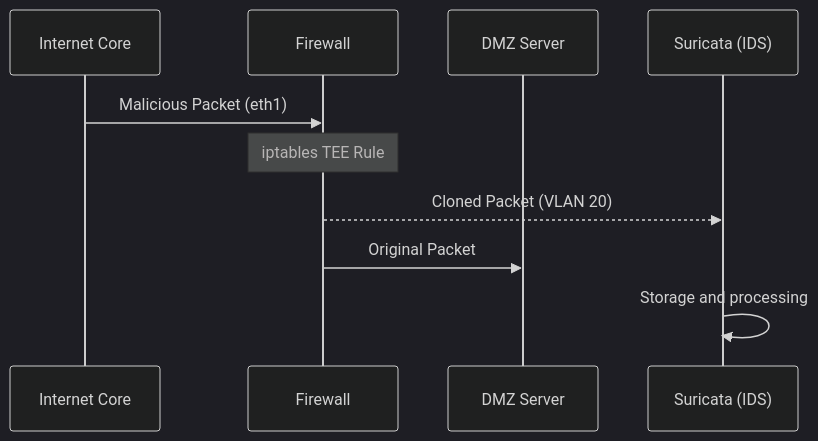
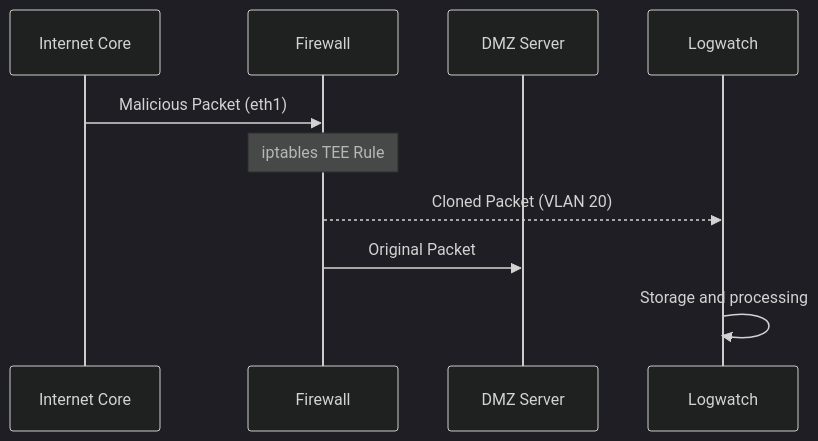
One commit to Marc-Chamorro/virtual-network-threat-detection changed the first of 2 diagrams in docs/architecture/traffic-flows.md. Above: the diagram before and after it, drawn with Mermaid (dark theme). The commit also changed other lines of this file and 33 other files, not shown here.

````diff
--- a/docs/architecture/traffic-flows.md
+++ b/docs/architecture/traffic-flows.md
@@ -116,14 +117,14 @@
 ```mermaid
 sequenceDiagram
     participant Ext as Internet Core
     participant FW as Firewall
     participant DMZ as DMZ Server
-    participant IDS as Suricata (IDS)
+    participant IDS as Logwatch
 
     Ext->>FW: Malicious Packet (eth1)
     Note over FW: iptables TEE Rule
     FW-->>IDS: Cloned Packet (VLAN 20)
     FW->>DMZ: Original Packet
     IDS->>IDS: Storage and processing
 
 ```
````
